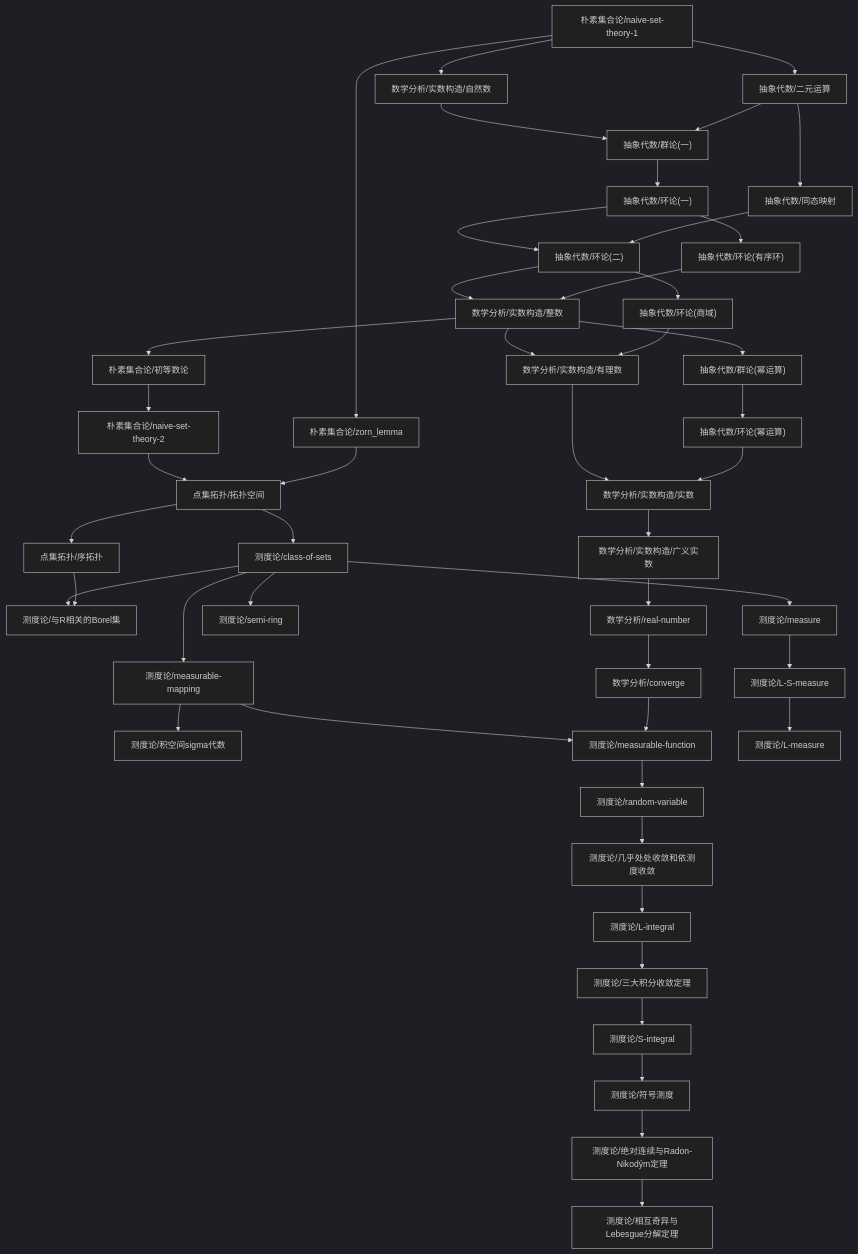
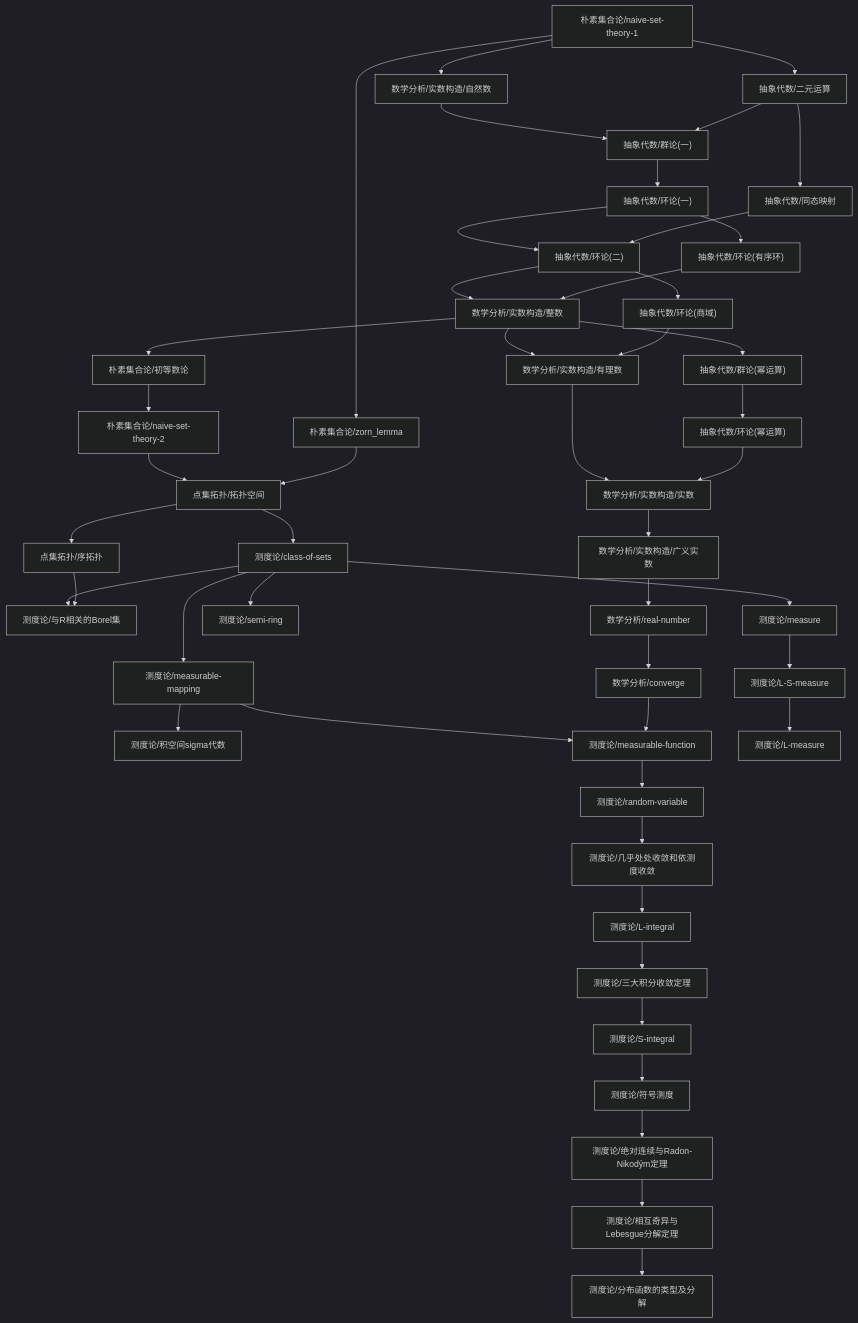
Before and after one commit to zengls3186428803/zengls3186428803.github.io: the diagram in content/测度论/dependency_graph.md, drawn with Mermaid (dark theme). The commit also changed 6 other files, not shown here.

````diff
--- a/content/测度论/dependency_graph.md
+++ b/content/测度论/dependency_graph.md
@@ -1,49 +1,50 @@
 ```mermaid
 graph TD
 1["点集拓扑/拓扑空间"] --> 0["测度论/class-of-sets"]
 3["测度论/S-integral"] --> 2["测度论/符号测度"]
 5["测度论/measurable-mapping"] --> 4["测度论/积空间sigma代数"]
 0["测度论/class-of-sets"] --> 5["测度论/measurable-mapping"]
 0["测度论/class-of-sets"] --> 6["测度论/与R相关的Borel集"]
 7["点集拓扑/序拓扑"] --> 6["测度论/与R相关的Borel集"]
 5["测度论/measurable-mapping"] --> 8["测度论/measurable-function"]
 9["数学分析/converge"] --> 8["测度论/measurable-function"]
 8["测度论/measurable-function"] --> 10["测度论/random-variable"]
 12["测度论/measure"] --> 11["测度论/L-S-measure"]
 0["测度论/class-of-sets"] --> 13["测度论/semi-ring"]
 15["测度论/L-integral"] --> 14["测度论/三大积分收敛定理"]
 2["测度论/符号测度"] --> 17["测度论/绝对连续与Radon-Nikodým定理"]
 0["测度论/class-of-sets"] --> 12["测度论/measure"]
 10["测度论/random-variable"] --> 18["测度论/几乎处处收敛和依测度收敛"]
 11["测度论/L-S-measure"] --> 19["测度论/L-measure"]
 14["测度论/三大积分收敛定理"] --> 3["测度论/S-integral"]
 17["测度论/绝对连续与Radon-Nikodým定理"] --> 20["测度论/相互奇异与Lebesgue分解定理"]
 18["测度论/几乎处处收敛和依测度收敛"] --> 15["测度论/L-integral"]
-21["数学分析/real-number"] --> 9["数学分析/converge"]
-22["数学分析/实数构造/广义实数"] --> 21["数学分析/real-number"]
-23["数学分析/实数构造/实数"] --> 22["数学分析/实数构造/广义实数"]
-25["朴素集合论/naive-set-theory-1"] --> 24["数学分析/实数构造/自然数"]
-27["抽象代数/环论(二)"] --> 26["数学分析/实数构造/整数"]
-28["抽象代数/环论(有序环)"] --> 26["数学分析/实数构造/整数"]
-26["数学分析/实数构造/整数"] --> 29["数学分析/实数构造/有理数"]
-30["抽象代数/环论(商域)"] --> 29["数学分析/实数构造/有理数"]
-29["数学分析/实数构造/有理数"] --> 23["数学分析/实数构造/实数"]
-31["抽象代数/环论(幂运算)"] --> 23["数学分析/实数构造/实数"]
-32["抽象代数/群论(幂运算)"] --> 31["抽象代数/环论(幂运算)"]
-26["数学分析/实数构造/整数"] --> 32["抽象代数/群论(幂运算)"]
-27["抽象代数/环论(二)"] --> 30["抽象代数/环论(商域)"]
-33["抽象代数/环论(一)"] --> 27["抽象代数/环论(二)"]
-34["抽象代数/同态映射"] --> 27["抽象代数/环论(二)"]
-35["抽象代数/群论(一)"] --> 33["抽象代数/环论(一)"]
-36["抽象代数/二元运算"] --> 34["抽象代数/同态映射"]
-25["朴素集合论/naive-set-theory-1"] --> 36["抽象代数/二元运算"]
-24["数学分析/实数构造/自然数"] --> 35["抽象代数/群论(一)"]
-36["抽象代数/二元运算"] --> 35["抽象代数/群论(一)"]
-33["抽象代数/环论(一)"] --> 28["抽象代数/环论(有序环)"]
+20["测度论/相互奇异与Lebesgue分解定理"] --> 21["测度论/分布函数的类型及分解"]
+22["数学分析/real-number"] --> 9["数学分析/converge"]
+23["数学分析/实数构造/广义实数"] --> 22["数学分析/real-number"]
+24["数学分析/实数构造/实数"] --> 23["数学分析/实数构造/广义实数"]
+26["朴素集合论/naive-set-theory-1"] --> 25["数学分析/实数构造/自然数"]
+28["抽象代数/环论(二)"] --> 27["数学分析/实数构造/整数"]
+29["抽象代数/环论(有序环)"] --> 27["数学分析/实数构造/整数"]
+27["数学分析/实数构造/整数"] --> 30["数学分析/实数构造/有理数"]
+31["抽象代数/环论(商域)"] --> 30["数学分析/实数构造/有理数"]
+30["数学分析/实数构造/有理数"] --> 24["数学分析/实数构造/实数"]
+32["抽象代数/环论(幂运算)"] --> 24["数学分析/实数构造/实数"]
+33["抽象代数/群论(幂运算)"] --> 32["抽象代数/环论(幂运算)"]
+27["数学分析/实数构造/整数"] --> 33["抽象代数/群论(幂运算)"]
+28["抽象代数/环论(二)"] --> 31["抽象代数/环论(商域)"]
+34["抽象代数/环论(一)"] --> 28["抽象代数/环论(二)"]
+35["抽象代数/同态映射"] --> 28["抽象代数/环论(二)"]
+36["抽象代数/群论(一)"] --> 34["抽象代数/环论(一)"]
+37["抽象代数/二元运算"] --> 35["抽象代数/同态映射"]
+26["朴素集合论/naive-set-theory-1"] --> 37["抽象代数/二元运算"]
+25["数学分析/实数构造/自然数"] --> 36["抽象代数/群论(一)"]
+37["抽象代数/二元运算"] --> 36["抽象代数/群论(一)"]
+34["抽象代数/环论(一)"] --> 29["抽象代数/环论(有序环)"]
 1["点集拓扑/拓扑空间"] --> 7["点集拓扑/序拓扑"]
-37["朴素集合论/naive-set-theory-2"] --> 1["点集拓扑/拓扑空间"]
-38["朴素集合论/zorn_lemma"] --> 1["点集拓扑/拓扑空间"]
-39["朴素集合论/初等数论"] --> 37["朴素集合论/naive-set-theory-2"]
-25["朴素集合论/naive-set-theory-1"] --> 38["朴素集合论/zorn_lemma"]
-26["数学分析/实数构造/整数"] --> 39["朴素集合论/初等数论"]
+38["朴素集合论/naive-set-theory-2"] --> 1["点集拓扑/拓扑空间"]
+39["朴素集合论/zorn_lemma"] --> 1["点集拓扑/拓扑空间"]
+40["朴素集合论/初等数论"] --> 38["朴素集合论/naive-set-theory-2"]
+26["朴素集合论/naive-set-theory-1"] --> 39["朴素集合论/zorn_lemma"]
+27["数学分析/实数构造/整数"] --> 40["朴素集合论/初等数论"]
 ```
````
